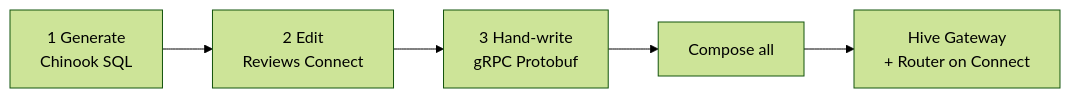
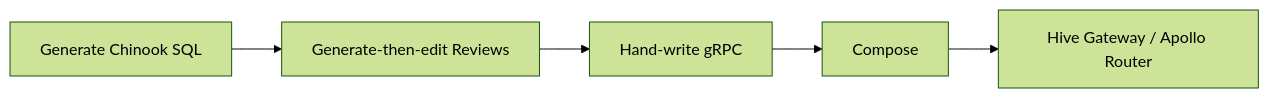
The diagram in website/src/content/v2/examples/music-store.mdx (ardatan/graphql-mesh), drawn with Mermaid (forest theme) before and after one commit. The commit also changed 1 other file, not shown here.

Commit message:
docs(website): compact LR Mermaid on FHIR and Music Store
Match /v2 intro style: horizontal flowchart with short single-line
labels for the FHIR how-we-built and Music Store stage walkthrough.

````diff
--- a/website/src/content/v2/examples/music-store.mdx
+++ b/website/src/content/v2/examples/music-store.mdx
@@ -16,7 +16,7 @@
 ```mermaid
 flowchart LR
-  A[1 Generate<br/>Chinook SQL] --> B[2 Edit<br/>Reviews Connect]
-  B --> C[3 Hand-write<br/>gRPC Protobuf]
-  C --> D[Compose all]
-  D --> E[Hive Gateway<br/>+ Router on Connect]
+  A[Generate Chinook SQL] --> B[Generate-then-edit Reviews]
+  B --> C[Hand-write gRPC]
+  C --> D[Compose]
+  D --> E[Hive Gateway / Apollo Router]
 ```
````
